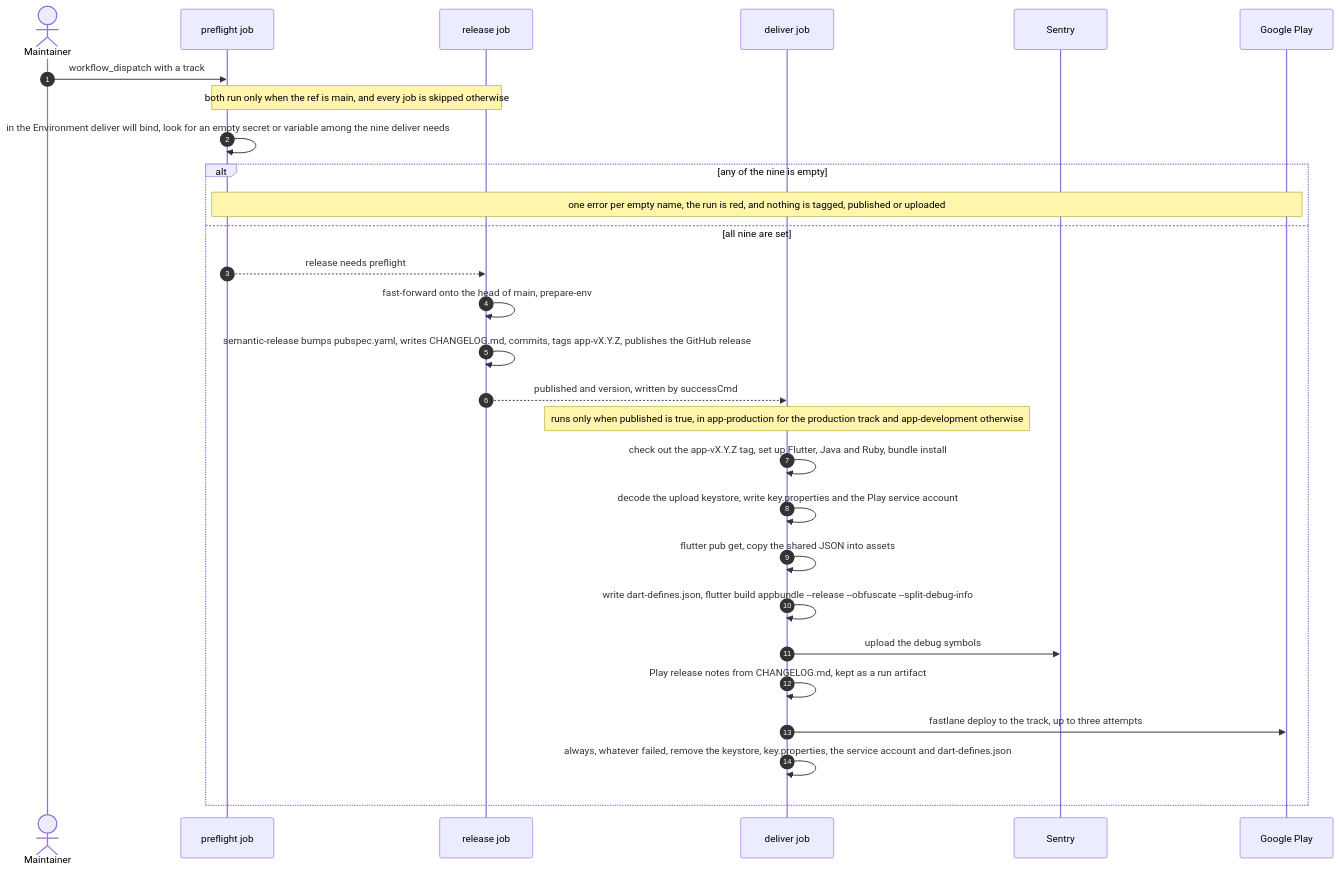
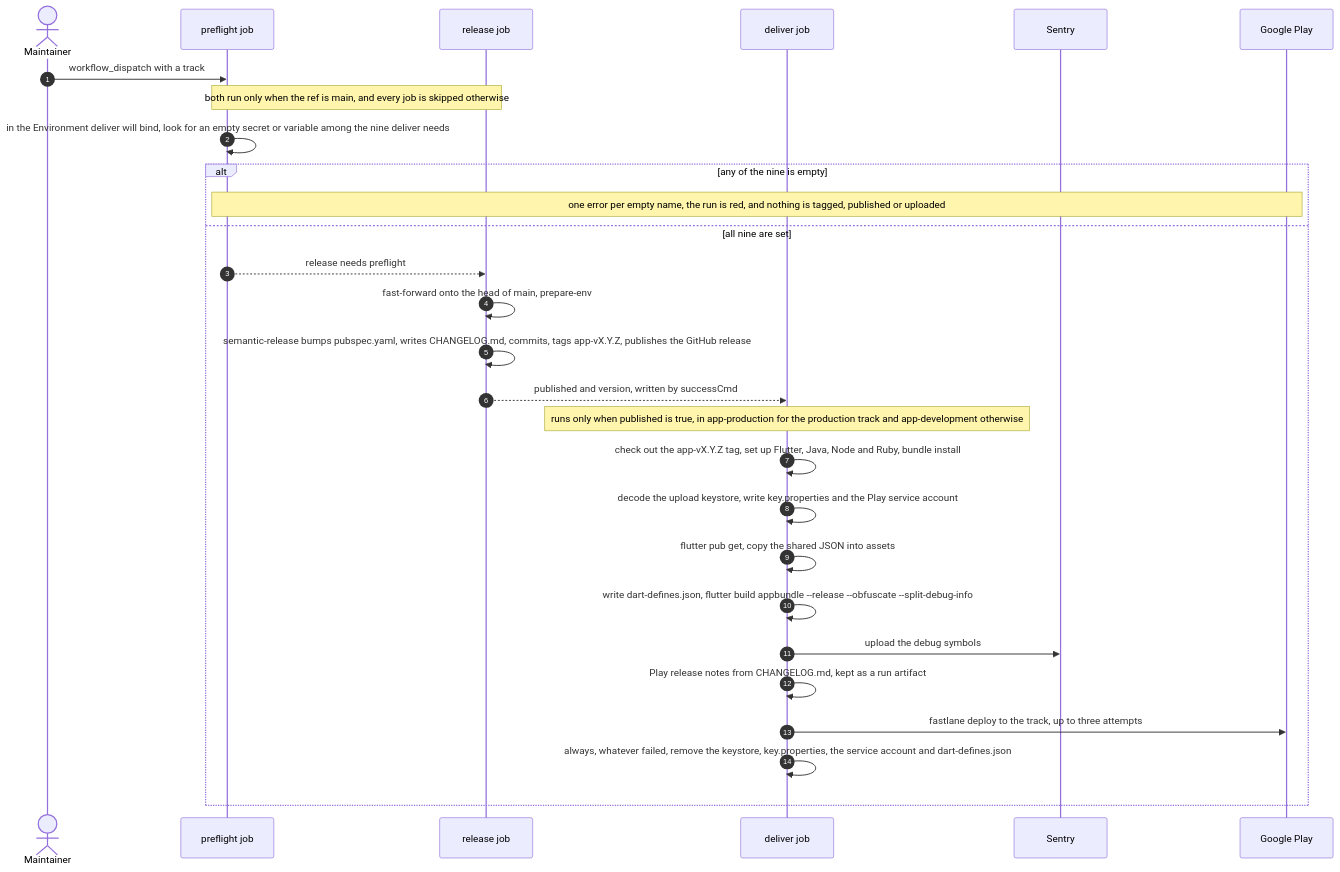
One commit to fbuireu/contribKit changed the third of 4 diagrams in docs/wiki/CI-CD.md. Above: the diagram before and after it, drawn with Mermaid. The commit also changed other lines of this file and 1 other file, not shown here.

First line of the commit message:
ci: run the app delivery's Node one-liner on the Node .nvmrc pins

````diff
--- a/docs/wiki/CI-CD.md
+++ b/docs/wiki/CI-CD.md
@@ -238,35 +238,35 @@
 ```mermaid
 ---
 config:
   look: handDrawn
   layout: dagre
 ---
 sequenceDiagram
     autonumber
     actor Maintainer
     participant Preflight as preflight job
     participant Release as release job
     participant Deliver as deliver job
     participant Sentry
     participant Play as Google Play
     Maintainer->>Preflight: workflow_dispatch with a track
     Note over Preflight,Release: both run only when the ref is main, and every job is skipped otherwise
     Preflight->>Preflight: in the Environment deliver will bind, look for an empty secret or variable among the nine deliver needs
     alt any of the nine is empty
         Note over Preflight,Play: one error per empty name, the run is red, and nothing is tagged, published or uploaded
     else all nine are set
         Preflight-->>Release: release needs preflight
         Release->>Release: fast-forward onto the head of main, prepare-env
         Release->>Release: semantic-release bumps pubspec.yaml, writes CHANGELOG.md, commits, tags app-vX.Y.Z, publishes the GitHub release
         Release-->>Deliver: published and version, written by successCmd
         Note over Deliver: runs only when published is true, in app-production for the production track and app-development otherwise
-        Deliver->>Deliver: check out the app-vX.Y.Z tag, set up Flutter, Java and Ruby, bundle install
+        Deliver->>Deliver: check out the app-vX.Y.Z tag, set up Flutter, Java, Node and Ruby, bundle install
         Deliver->>Deliver: decode the upload keystore, write key.properties and the Play service account
         Deliver->>Deliver: flutter pub get, copy the shared JSON into assets
         Deliver->>Deliver: write dart-defines.json, flutter build appbundle --release --obfuscate --split-debug-info
         Deliver->>Sentry: upload the debug symbols
         Deliver->>Deliver: Play release notes from CHANGELOG.md, kept as a run artifact
         Deliver->>Play: fastlane deploy to the track, up to three attempts
         Deliver->>Deliver: always, whatever failed, remove the keystore, key.properties, the service account and dart-defines.json
     end
 ```
````
